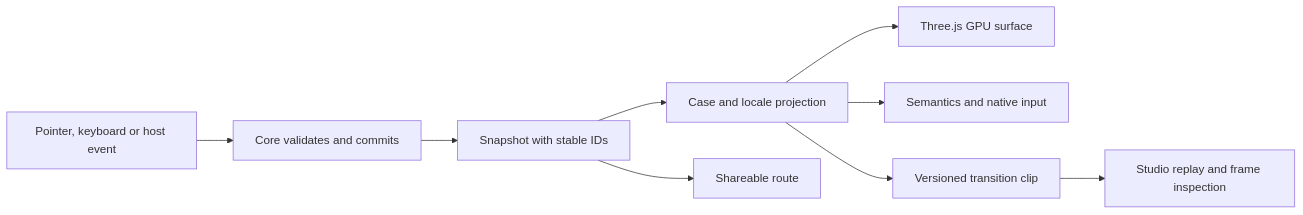
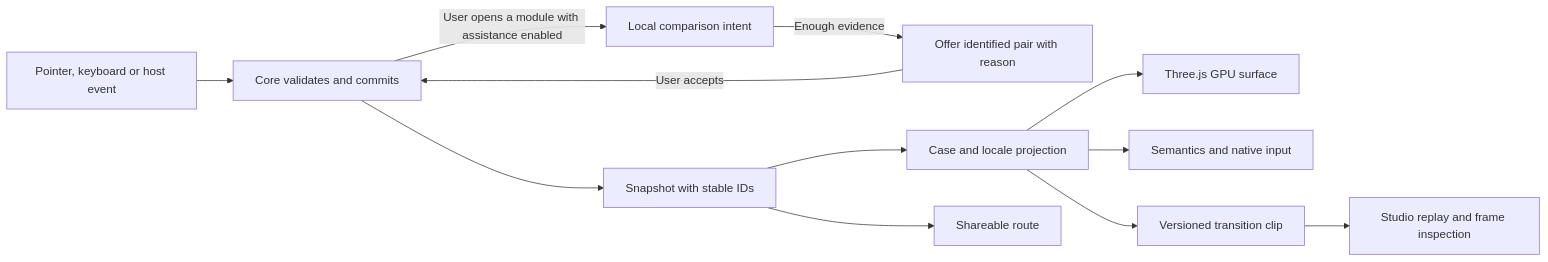
The diagram in README.md (rotorstar/FluidKit), drawn with Mermaid before and after one commit. The commit also changed other lines of this file and 55 other files, not shown here.

First line of the commit message:
feat: recognise comparison intent and offer an adaptive workspace

````diff
--- a/README.md
+++ b/README.md
@@ -77,11 +112,14 @@
 ```mermaid
 flowchart LR
     Input["Pointer, keyboard or host event"] --> Core["Core validates and commits"]
+    Core -->|User opens a module with assistance enabled| Intent["Local comparison intent"]
+    Intent -->|Enough evidence| Offer["Offer identified pair with reason"]
+    Offer -->|User accepts| Core
     Core --> Snapshot["Snapshot with stable IDs"]
     Snapshot --> Scene["Case and locale projection"]
     Snapshot --> Route["Shareable route"]
     Scene --> GPU["Three.js GPU surface"]
     Scene --> Semantics["Semantics and native input"]
     Scene --> Clip["Versioned transition clip"]
     Clip --> Review["Studio replay and frame inspection"]
 ```
````
